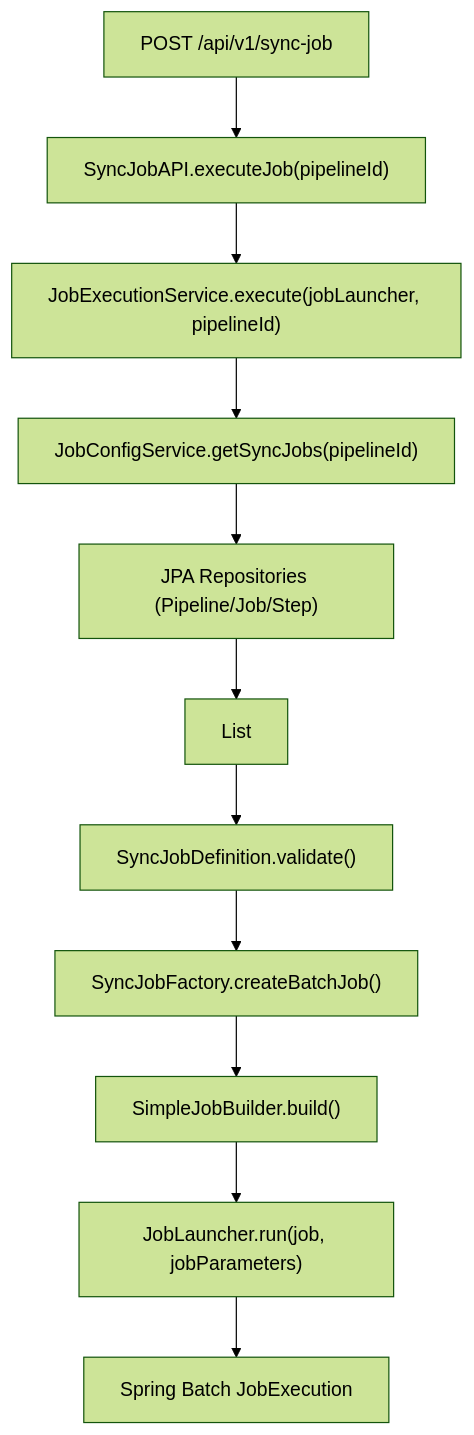
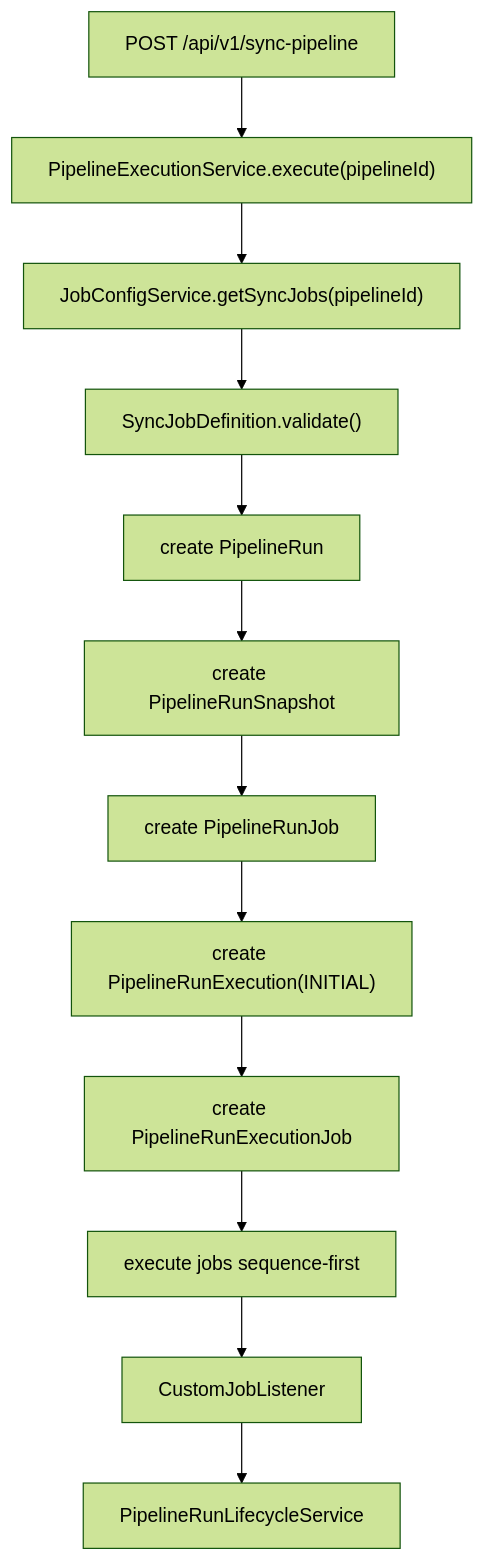
Before and after one commit to tibame201020/IrisPipe: the first of 3 diagrams in backend/docs/architecture/core-flow.md, drawn with Mermaid (forest theme). The commit also changed other lines of this file and 7 other files, not shown here.

Commit message:
docs: align architecture docs with pipeline runtime model

````diff
--- a/backend/docs/architecture/core-flow.md
+++ b/backend/docs/architecture/core-flow.md
@@ -5,13 +5,14 @@
 ```mermaid
 graph TD
-    A["POST /api/v1/sync-job"] --> B["SyncJobAPI.executeJob(pipelineId)"]
-    B --> C["JobExecutionService.execute(jobLauncher, pipelineId)"]
-    C --> D["JobConfigService.getSyncJobs(pipelineId)"]
-    D --> E["JPA Repositories (Pipeline/Job/Step)"]
-    E --> F["List<SyncJobDefinition>"]
-    F --> G["SyncJobDefinition.validate()"]
-    G --> H["SyncJobFactory.createBatchJob()"]
-    H --> I["SimpleJobBuilder.build()"]
-    I --> J["JobLauncher.run(job, jobParameters)"]
-    J --> K["Spring Batch JobExecution"]
+    A["POST /api/v1/sync-pipeline"] --> B["PipelineExecutionService.execute(pipelineId)"]
+    B --> C["JobConfigService.getSyncJobs(pipelineId)"]
+    C --> D["SyncJobDefinition.validate()"]
+    D --> E["create PipelineRun"]
+    E --> F["create PipelineRunSnapshot"]
+    F --> G["create PipelineRunJob"]
+    G --> H["create PipelineRunExecution(INITIAL)"]
+    H --> I["create PipelineRunExecutionJob"]
+    I --> J["execute jobs sequence-first"]
+    J --> K["CustomJobListener"]
+    K --> L["PipelineRunLifecycleService"]
 ```
````
